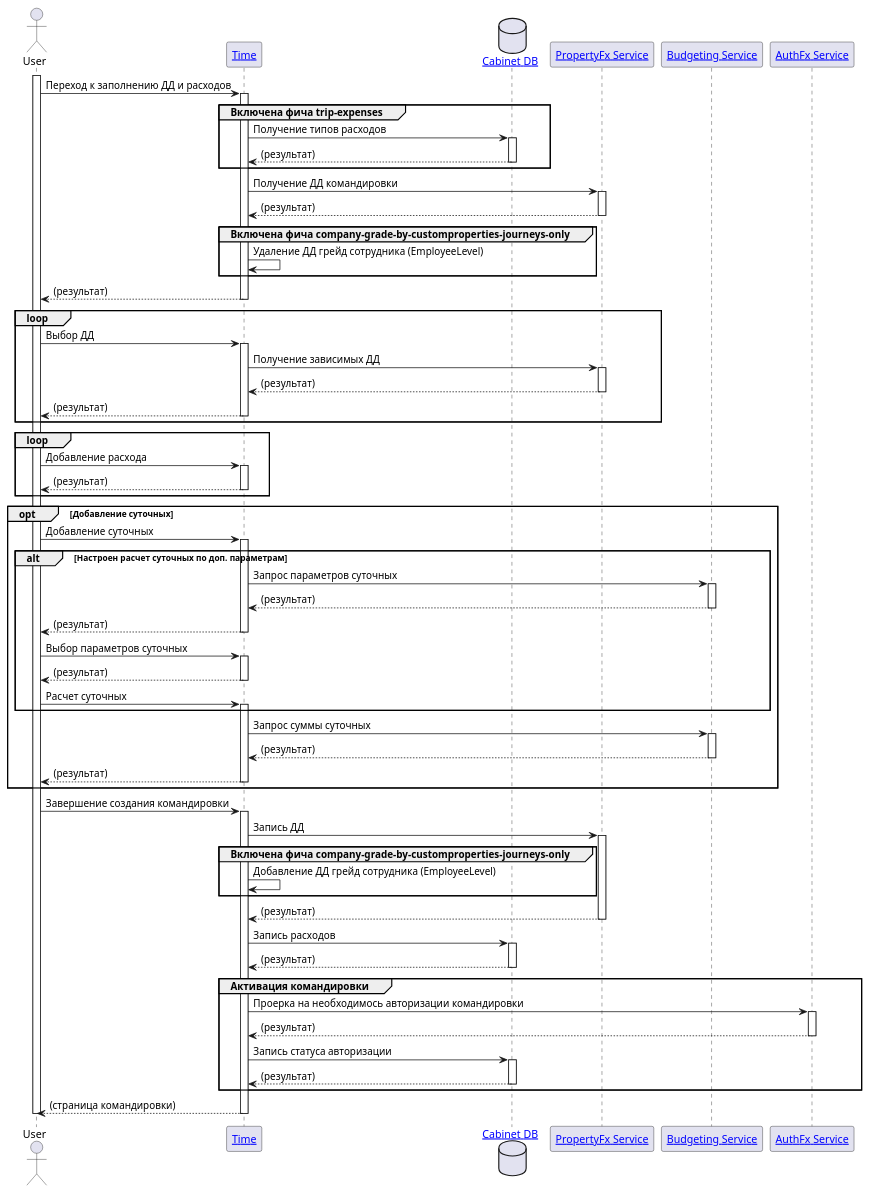
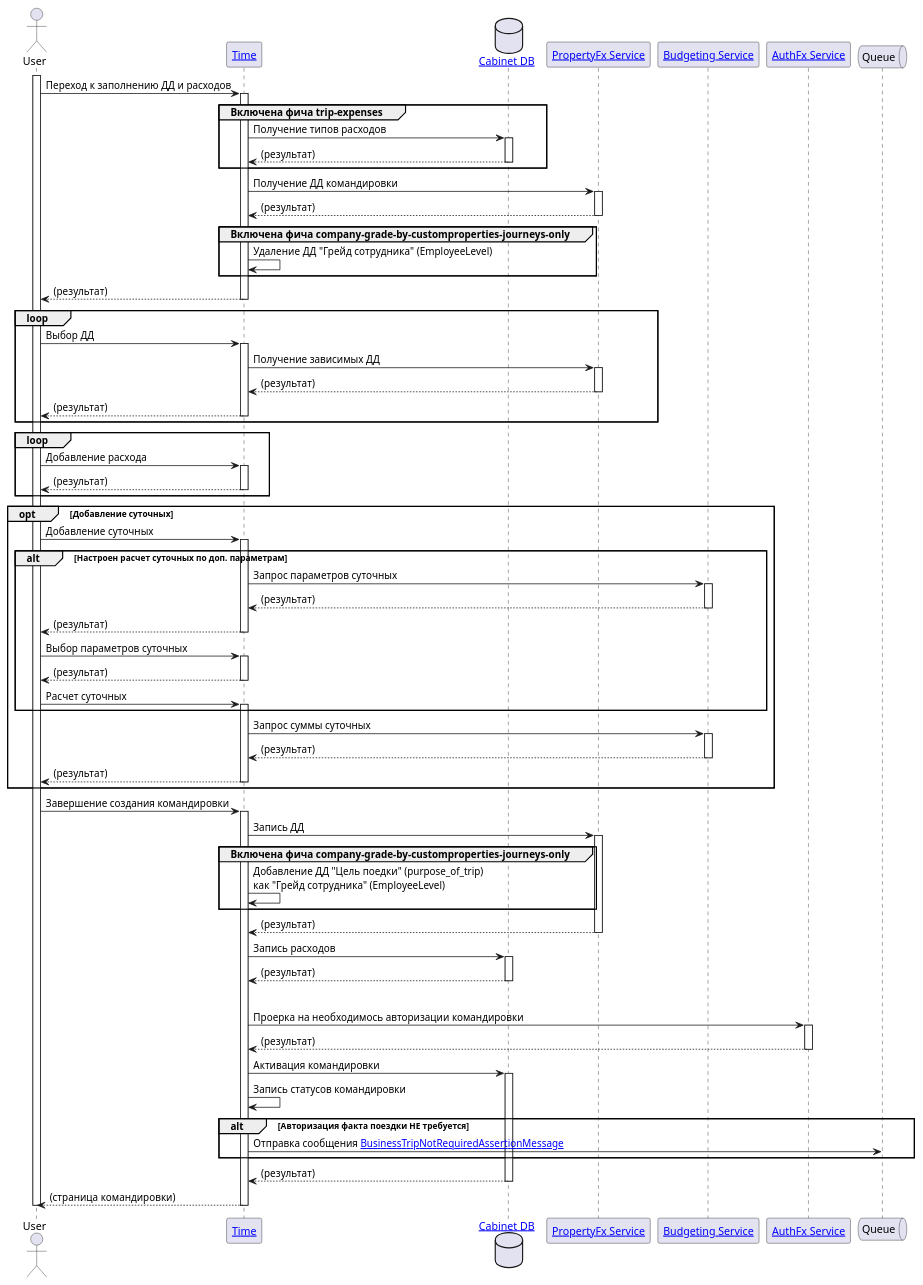
One commit to aleksandr-bit1/test changed the diagram in workspace/arch/puml/time/businesstrip/creation/custom_property.puml. Above: the diagram before and after it, drawn with PlantUML. The commit also changed other lines of this file and 10 other files, not shown here.

```diff
--- a/workspace/arch/puml/time/businesstrip/creation/custom_property.puml
+++ b/workspace/arch/puml/time/businesstrip/creation/custom_property.puml
@@ -1,69 +1,73 @@
 @startuml
 'https://plantuml.com/sequence-diagram
-
 
 actor User
 participant "[[/architect/components/applications.time Time]]" as Time
 database "[[/architect/components/db.cabinet Cabinet DB]]" as Cabinet
 participant "[[/architect/components/services.propertyfx PropertyFx Service]]" as PropertyFx
 participant "[[/architect/components/services.budgeting Budgeting Service]]" as Budgeting
 participant "[[/architect/components/services.authfx AuthFx Service]]" as AuthFx
+queue Queue
 
 
 activate User
 
 User -> Time ++ : Переход к заполнению ДД и расходов
 group Включена фича trip-expenses
     Time -> Cabinet ++ : Получение типов расходов
     return (результат)
 end
 Time -> PropertyFx ++ : Получение ДД командировки
 return (результат)
 group Включена фича company-grade-by-customproperties-journeys-only
-    Time -> Time : Удаление ДД грейд сотрудника (EmployeeLevel)
+    Time -> Time : Удаление ДД "Грейд сотрудника" (EmployeeLevel)
 end
 return (результат)
 loop
 User -> Time ++ : Выбор ДД
 Time -> PropertyFx ++ : Получение зависимых ДД
 return (результат)
 return (результат)
 end
 loop
     User -> Time ++ : Добавление расхода
     return (результат)
 end
 
 opt Добавление суточных
     User -> Time ++ : Добавление суточных
     alt Настроен расчет суточных по доп. параметрам
     Time -> Budgeting ++ : Запрос параметров суточных
     return (результат)
     return (результат)
     User -> Time ++ : Выбор параметров суточных
     return (результат)
     User -> Time ++ : Расчет суточных
     end
     Time -> Budgeting ++ : Запрос суммы суточных
     return (результат)
     return (результат)
 end
 
 User -> Time ++ : Завершение создания командировки
 Time -> PropertyFx ++ : Запись ДД
 group Включена фича company-grade-by-customproperties-journeys-only
-    Time -> Time : Добавление ДД грейд сотрудника (EmployeeLevel)
+    Time -> Time : Добавление ДД "Цель поедки" (purpose_of_trip)\nкак "Грейд сотрудника" (EmployeeLevel)
 end
 return (результат)
 Time -> Cabinet ++ : Запись расходов
 return (результат)
 group Активация командировки
 Time -> AuthFx ++ : Проерка на необходимось авторизации командировки
 return (результат)
-Time -> Cabinet ++ : Запись статуса авторизации
+Time -> Cabinet ++ : Активация командировки
+Time -> Time : Запись статусов командировки
+alt Авторизация факта поездки НЕ требуется
+Time -> Queue : Отправка сообщения [[/architect/contexts/applications.time.messages.BusinessTripNotRequiredAssertionMessage BusinessTripNotRequiredAssertionMessage]]
+end
 return (результат)
-end
+
 return (страница командировки)
 
 deactivate User
 @enduml
```
